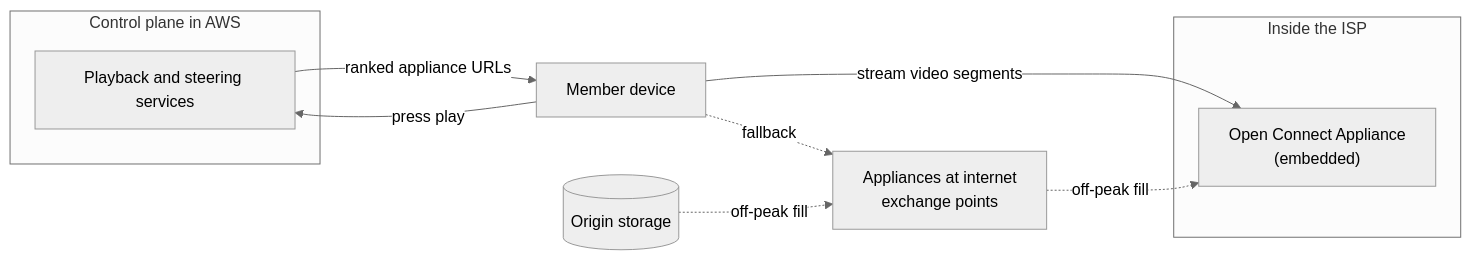
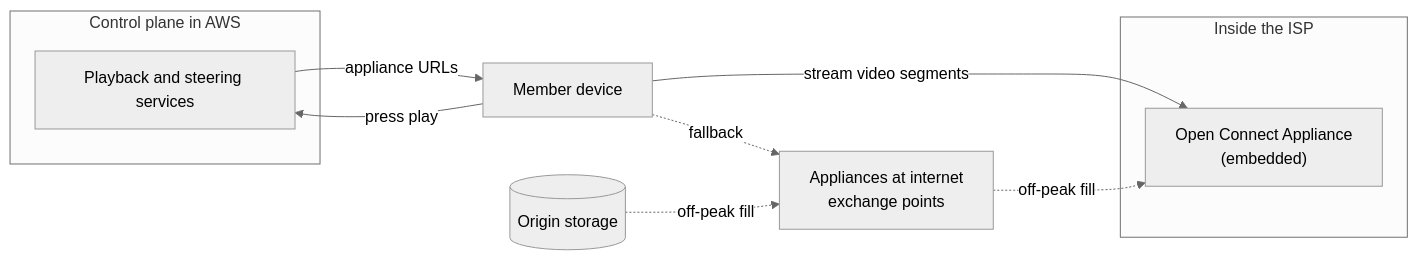
One commit to thull32/ascend changed the second of 2 diagrams in content/tracks/08-networking/02-application-protocols/06-cdns-and-edge.md. Above: the diagram before and after it, drawn with Mermaid (neutral theme). The commit also changed other lines of this file and 48 other files, not shown here.

````diff
--- a/content/tracks/08-networking/02-application-protocols/06-cdns-and-edge.md
+++ b/content/tracks/08-networking/02-application-protocols/06-cdns-and-edge.md
@@ -319,16 +319,16 @@
 ```mermaid
 flowchart LR
     subgraph AWS["Control plane in AWS"]
       P[Playback and steering services]
     end
     subgraph ISP["Inside the ISP"]
       A["Open Connect Appliance<br/>(embedded)"]
     end
     X["Appliances at internet<br/>exchange points"]
     C[Member device] -->|press play| P
-    P -->|ranked appliance URLs| C
+    P -->|appliance URLs| C
     C -->|stream video segments| A
     C -.->|fallback| X
     O[(Origin storage)] -.->|off-peak fill| X
     X -.->|off-peak fill| A
 ```
````
